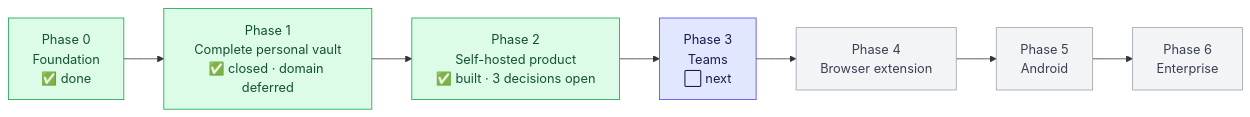
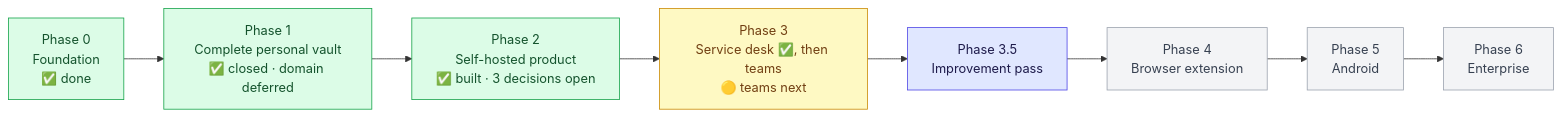
The diagram in docs/ROADMAP.md (SHIVAM-SHARMA-766/vault), drawn with Mermaid before and after one commit. The commit also changed other lines of this file and 9 other files, not shown here.

Commit message:
Record the service desk (0014, threat A13) and add phase 3.5, an improvement pass before the extension

````diff
--- a/docs/ROADMAP.md
+++ b/docs/ROADMAP.md
@@ -18,13 +18,14 @@
 ```mermaid
 flowchart LR
   p0["Phase 0<br/>Foundation<br/>✅ done"]:::done --> p1["Phase 1<br/>Complete personal vault<br/>✅ closed · domain deferred"]:::done
   p1 --> p2["Phase 2<br/>Self-hosted product<br/>✅ built · 3 decisions open"]:::done
-  p2 --> p3["Phase 3<br/>Teams<br/>⬜ next"]:::next
-  p3 --> p4["Phase 4<br/>Browser extension"]:::later
+  p2 --> p3["Phase 3<br/>Service desk ✅, then teams<br/>🟡 teams next"]:::now
+  p3 --> p35["Phase 3.5<br/>Improvement pass"]:::next
+  p35 --> p4["Phase 4<br/>Browser extension"]:::later
   p4 --> p5["Phase 5<br/>Android"]:::later
   p5 --> p6["Phase 6<br/>Enterprise"]:::later
   classDef done fill:#dcfce7,stroke:#16a34a,color:#14532d
   classDef now fill:#fef9c3,stroke:#ca8a04,color:#713f12
   classDef next fill:#e0e7ff,stroke:#4f46e5,color:#1e1b4b
   classDef later fill:#f3f4f6,stroke:#9ca3af,color:#374151
 ```
````
